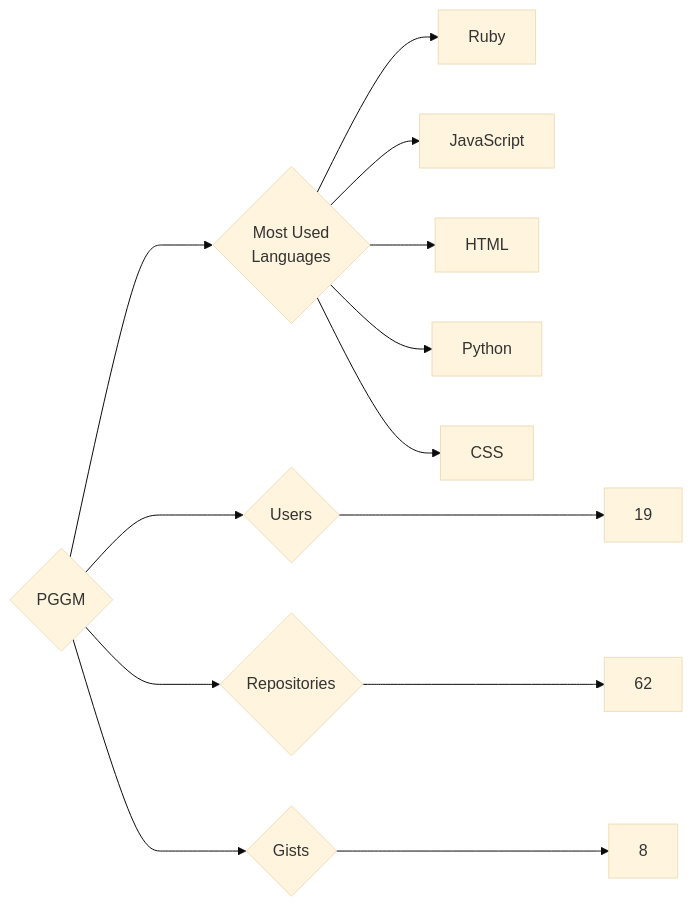
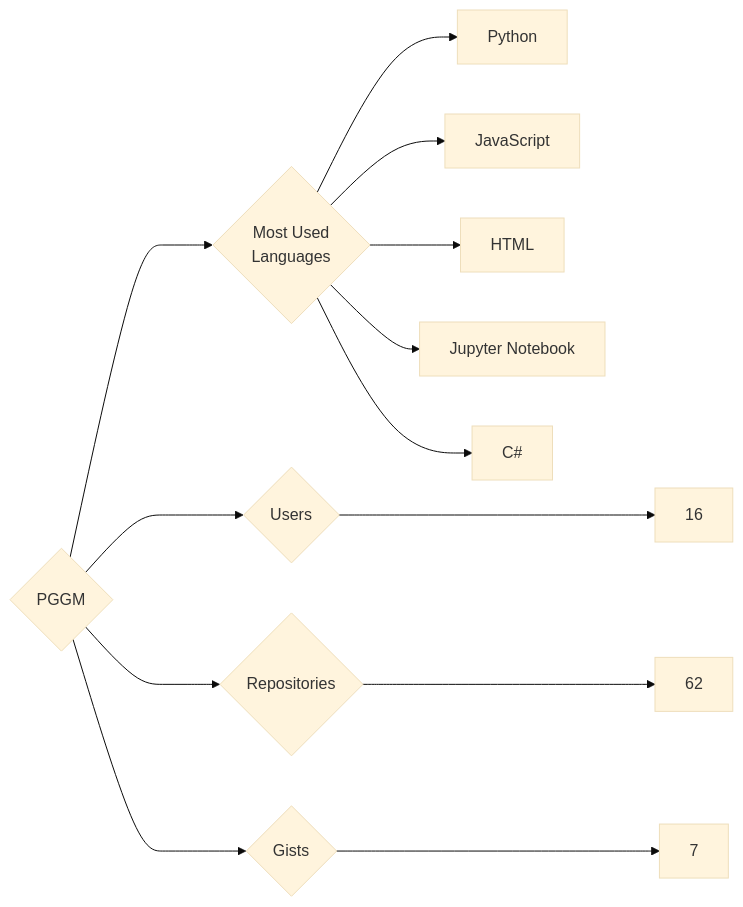
Before and after one commit to trickest/insiders: the diagram in targets/PGGM/README.md, drawn with Mermaid (base theme). The commit also changed 965 other files, not shown here.

````diff
--- a/targets/PGGM/README.md
+++ b/targets/PGGM/README.md
@@ -3,13 +3,13 @@
 ```mermaid
 graph LR
 COMPANY_NAME{PGGM}
-COMPANY_NAME ---> U{Users} ---> UN[19]
+COMPANY_NAME ---> U{Users} ---> UN[16]
 COMPANY_NAME ---> R{Repositories} ---> RN[62]
-COMPANY_NAME ---> G{Gists} ---> GN[8]
+COMPANY_NAME ---> G{Gists} ---> GN[7]
 COMPANY_NAME ---> ML{Most Used<br>Languages}
-ML --> Ruby[Ruby]
+ML --> Python[Python]
 ML --> JavaScript[JavaScript]
 ML --> HTML[HTML]
-ML --> Python[Python]
-ML --> CSS[CSS]
+ML --> Jupyter_Notebook[Jupyter Notebook]
+ML --> C#[C#]
 ```
````
